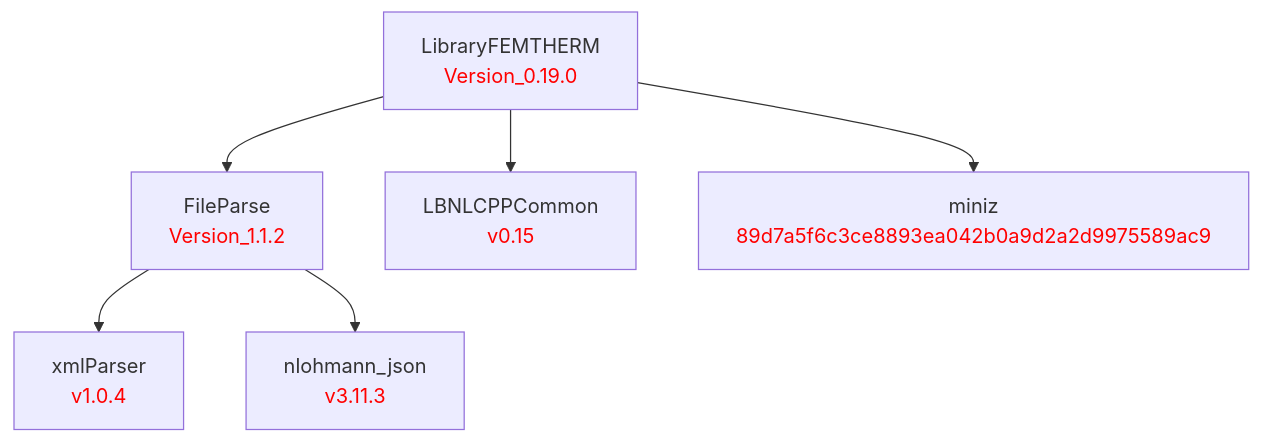
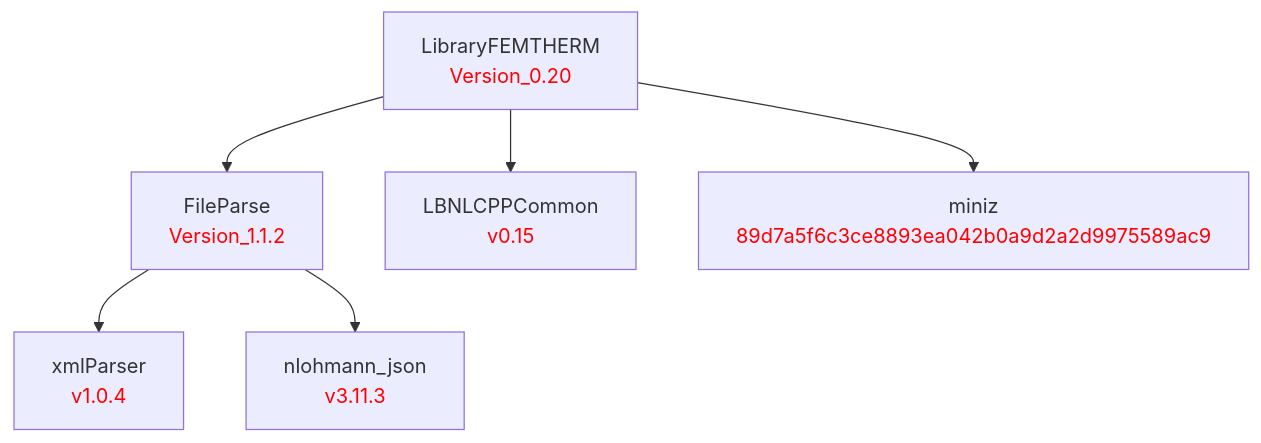
The diagram in doc/LibraryFEMTHERM.md (LBNL-ETA/LibraryFEMTherm), drawn with Mermaid before and after one commit. The commit also changed 3 other files, not shown here.

````diff
--- a/doc/LibraryFEMTHERM.md
+++ b/doc/LibraryFEMTHERM.md
@@ -1,17 +1,17 @@
 ```mermaid
 graph TD
     %% Package definitions
     xmlParser[xmlParser<br/><font color='red'>v1.0.4</font>]
     nlohmann_json[nlohmann_json<br/><font color='red'>v3.11.3</font>]
     FileParse[FileParse<br/><font color='red'>Version_1.1.2</font>]
     LBNLCPPCommon[LBNLCPPCommon<br/><font color='red'>v0.15</font>]
     miniz[miniz<br/><font color='red'>89d7a5f6c3ce8893ea042b0a9d2a2d9975589ac9</font>]
-    LibraryFEMTHERM[LibraryFEMTHERM<br/><font color='red'>Version_0.19.0</font>]
+    LibraryFEMTHERM[LibraryFEMTHERM<br/><font color='red'>Version_0.20</font>]
 
     %% Package relations
     LibraryFEMTHERM --> FileParse
     LibraryFEMTHERM --> LBNLCPPCommon
     LibraryFEMTHERM --> miniz
     FileParse --> xmlParser
     FileParse --> nlohmann_json
 ```
````
